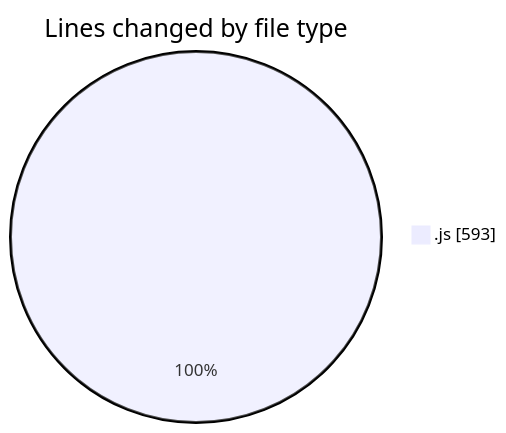
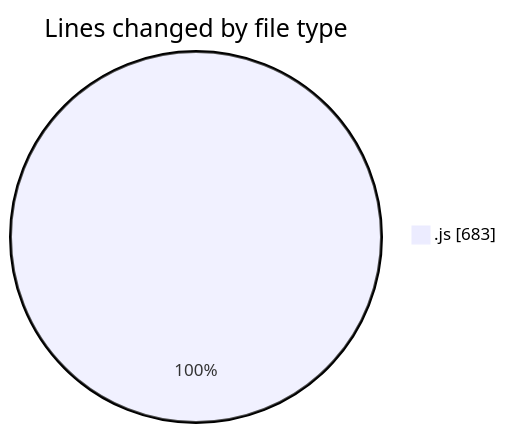
One commit to Ritupan-Deka/code-tracking changed the first of 2 diagrams in 2025-08-05/javascript/README.md. Above: the diagram before and after it, drawn with Mermaid. The commit also changed other lines of this file and 1 other file, not shown here.

````diff
--- a/2025-08-05/javascript/README.md
+++ b/2025-08-05/javascript/README.md
@@ -22,5 +22,5 @@
 ```mermaid
 pie showData
 title Lines changed by file type
-".js" : 593
+".js" : 683
 ```
````
